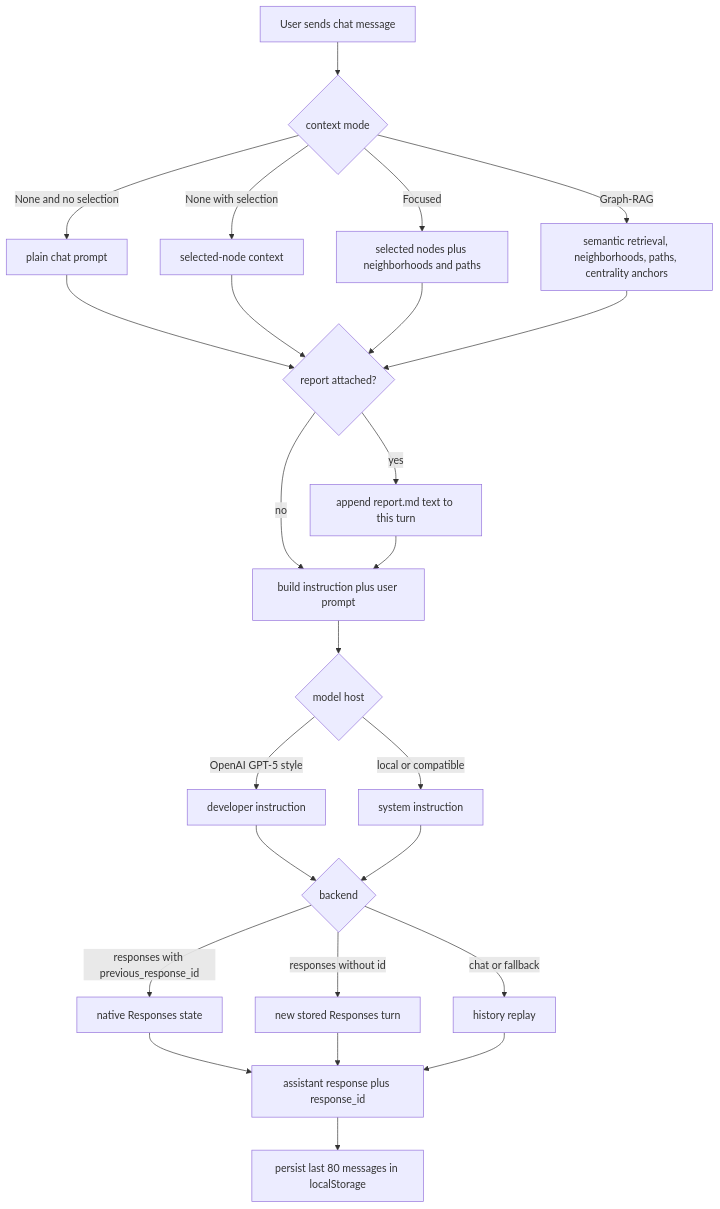
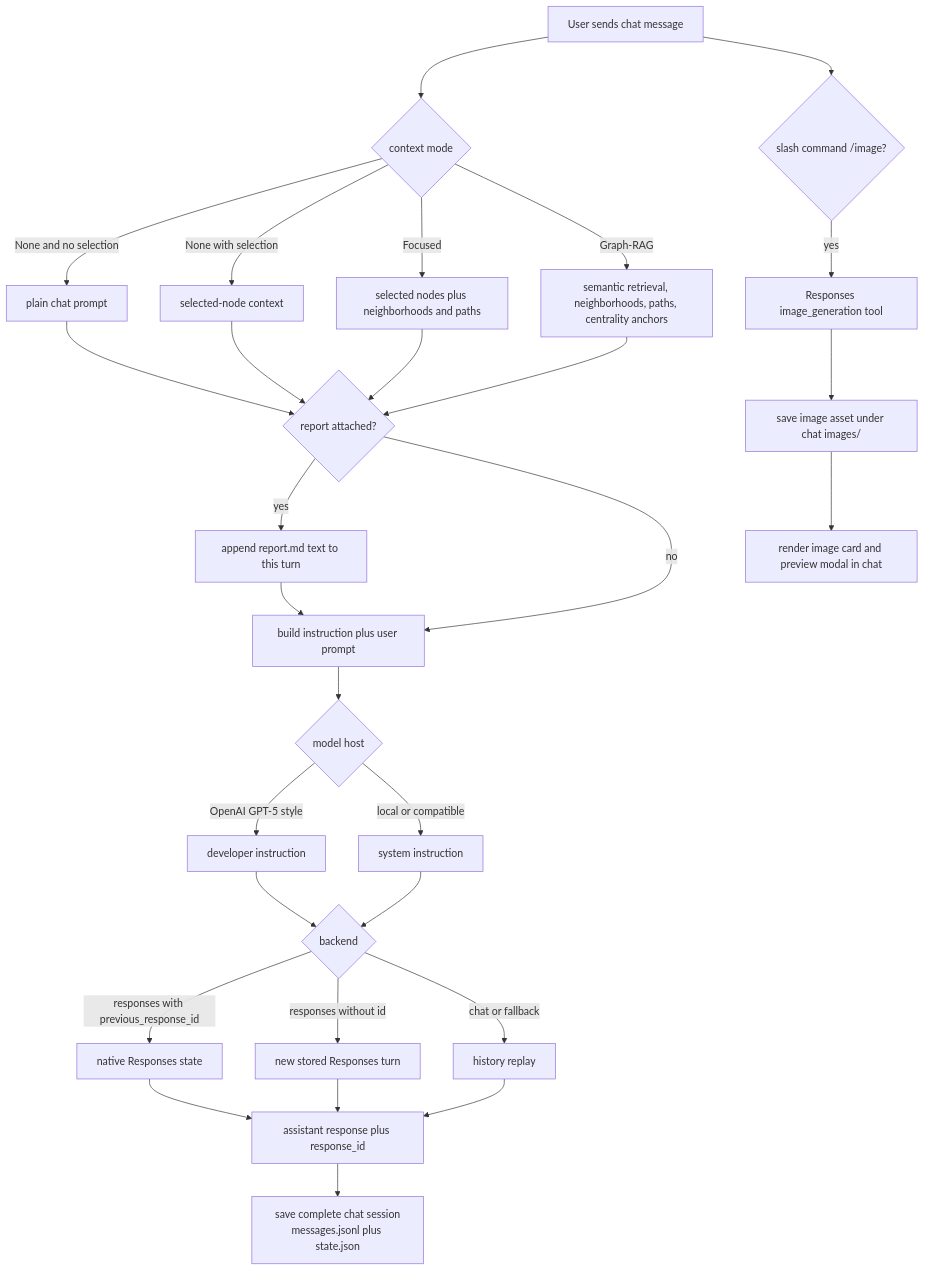
The third of 4 diagrams in ideation/graph_explorer/README.md (lamm-mit/graph-preflexor-grpo), drawn with Mermaid before and after one commit. The commit also changed other lines of this file and 8 other files, not shown here.

Commit message:
Add durable graph explorer chat artifacts

````diff
--- a/ideation/graph_explorer/README.md
+++ b/ideation/graph_explorer/README.md
@@ -217,27 +231,31 @@
 ```mermaid
 flowchart TD
   UserPrompt["User sends chat message"] --> ContextMode{"context mode"}
   ContextMode -->|None and no selection| PlainChat["plain chat prompt"]
   ContextMode -->|None with selection| SelectedOnly["selected-node context"]
   ContextMode -->|Focused| Focused["selected nodes plus neighborhoods and paths"]
   ContextMode -->|Graph-RAG| GraphRAG["semantic retrieval, neighborhoods, paths, centrality anchors"]
   PlainChat --> AttachReport{"report attached?"}
   SelectedOnly --> AttachReport
   Focused --> AttachReport
   GraphRAG --> AttachReport
   AttachReport -->|yes| AddReport["append report.md text to this turn"]
   AttachReport -->|no| BuildMessages["build instruction plus user prompt"]
   AddReport --> BuildMessages
   BuildMessages --> Role{"model host"}
   Role -->|OpenAI GPT-5 style| DeveloperInstruction["developer instruction"]
   Role -->|local or compatible| SystemInstruction["system instruction"]
   DeveloperInstruction --> Backend{"backend"}
   SystemInstruction --> Backend
   Backend -->|responses with previous_response_id| ResponsesState["native Responses state"]
   Backend -->|responses without id| ResponsesNew["new stored Responses turn"]
   Backend -->|chat or fallback| ReplayHistory["history replay"]
   ResponsesState --> AssistantReply["assistant response plus response_id"]
   ResponsesNew --> AssistantReply
   ReplayHistory --> AssistantReply
-  AssistantReply --> PersistChat["persist last 80 messages in localStorage"]
+  AssistantReply --> PersistChat["save complete chat session<br/>messages.jsonl plus state.json"]
+  UserPrompt --> ImageCommand{"slash command /image?"}
+  ImageCommand -->|yes| ImageTool["Responses image_generation tool"]
+  ImageTool --> SaveImage["save image asset under chat images/"]
+  SaveImage --> RenderImage["render image card and preview modal in chat"]
 ```
````
